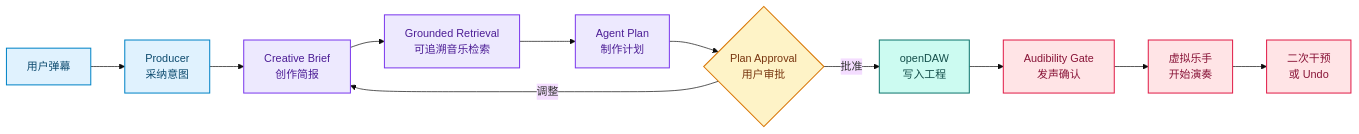
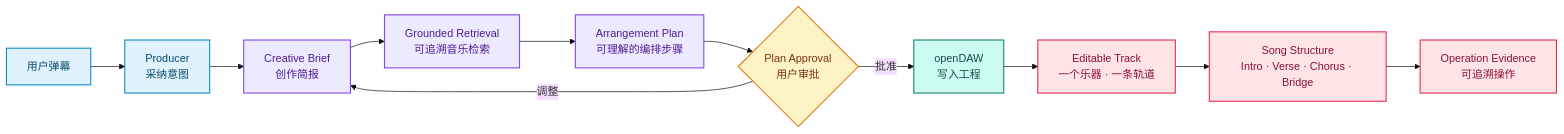
One commit to treefing3rs/DAWdex changed the first of 2 diagrams in README.md. Above: the diagram before and after it, drawn with Mermaid (base theme). The commit also changed other lines of this file and 26 other files, not shown here.

````diff
--- a/README.md
+++ b/README.md
@@ -55,25 +71,25 @@
 ```mermaid
 flowchart LR
     USER["用户弹幕"] --> PRODUCER["Producer<br/>采纳意图"]
     PRODUCER --> BRIEF["Creative Brief<br/>创作简报"]
     BRIEF --> RETRIEVAL["Grounded Retrieval<br/>可追溯音乐检索"]
-    RETRIEVAL --> PLAN["Agent Plan<br/>制作计划"]
+    RETRIEVAL --> PLAN["Arrangement Plan<br/>可理解的编排步骤"]
     PLAN --> APPROVAL{"Plan Approval<br/>用户审批"}
     APPROVAL -->|批准| DAW["openDAW<br/>写入工程"]
     APPROVAL -->|调整| BRIEF
-    DAW --> AUDIBLE["Audibility Gate<br/>发声确认"]
-    AUDIBLE --> BAND["虚拟乐手<br/>开始演奏"]
-    BAND --> ITERATE["二次干预<br/>或 Undo"]
+    DAW --> TRACK["Editable Track<br/>一个乐器 · 一条轨道"]
+    TRACK --> STRUCTURE["Song Structure<br/>Intro · Verse · Chorus · Bridge"]
+    STRUCTURE --> EVIDENCE["Operation Evidence<br/>可追溯操作"]
 
     classDef intent fill:#E0F2FE,stroke:#0284C7,color:#0C4A6E,stroke-width:1.5px;
     classDef intelligence fill:#EDE9FE,stroke:#7C3AED,color:#4C1D95,stroke-width:1.5px;
     classDef approval fill:#FEF3C7,stroke:#D97706,color:#78350F,stroke-width:1.5px;
     classDef engine fill:#CCFBF1,stroke:#0F766E,color:#134E4A,stroke-width:1.5px;
     classDef feedback fill:#FFE4E6,stroke:#E11D48,color:#881337,stroke-width:1.5px;
 
     class USER,PRODUCER intent;
     class BRIEF,RETRIEVAL,PLAN intelligence;
     class APPROVAL approval;
     class DAW engine;
-    class AUDIBLE,BAND,ITERATE feedback;
+    class TRACK,STRUCTURE,EVIDENCE feedback;
 ```
````
